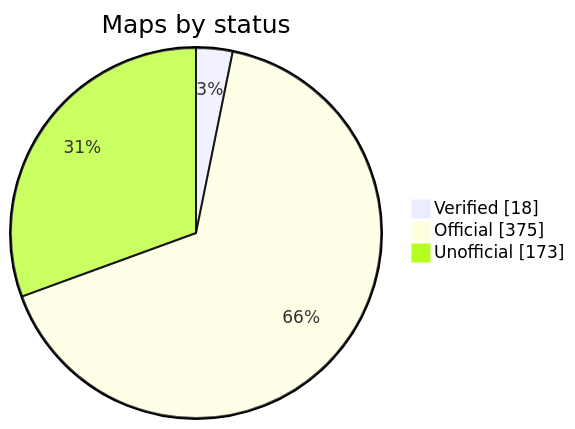
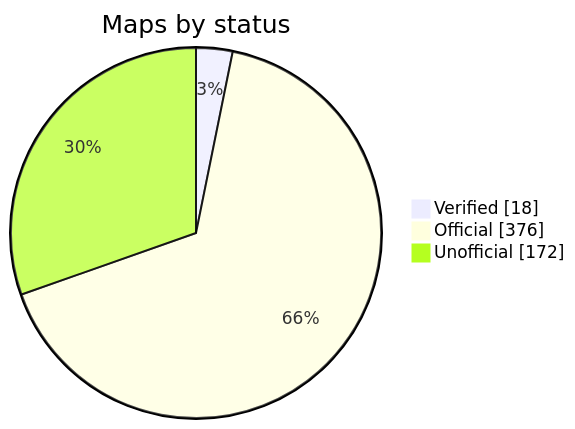
One commit to nobrega8/mbmap-library changed the diagram in README.md. Above: the diagram before and after it, drawn with Mermaid. The commit also changed 6 other files, not shown here.

````diff
--- a/README.md
+++ b/README.md
@@ -52,7 +52,7 @@
 ```mermaid
 pie showData
     title Maps by status
     "Verified" : 18
-    "Official" : 375
-    "Unofficial" : 173
+    "Official" : 376
+    "Unofficial" : 172
 ```
````
